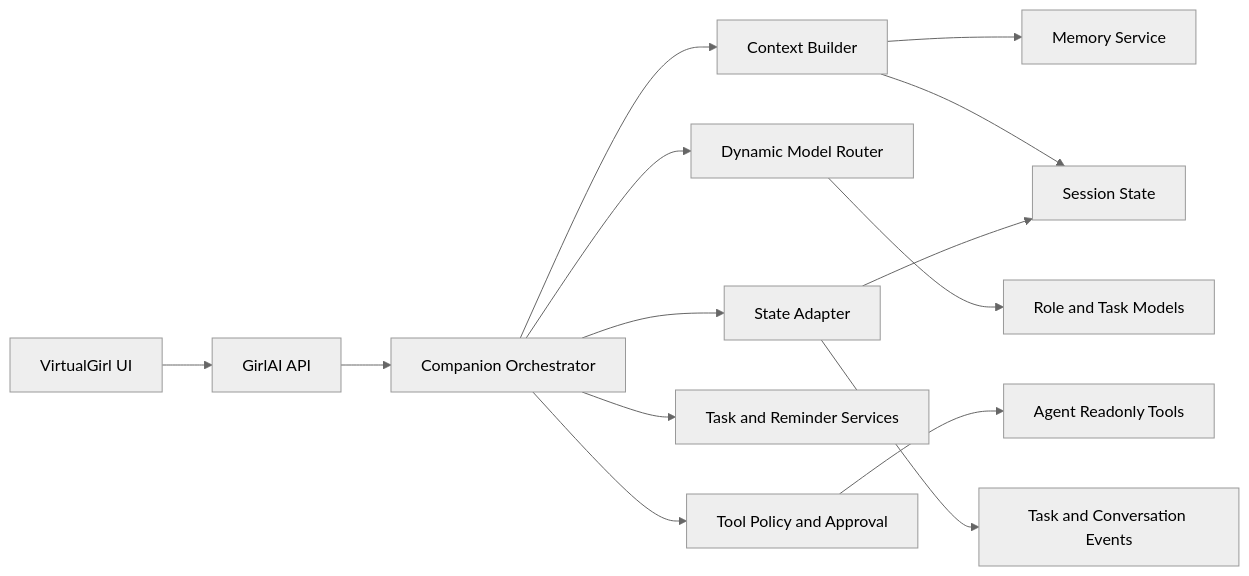
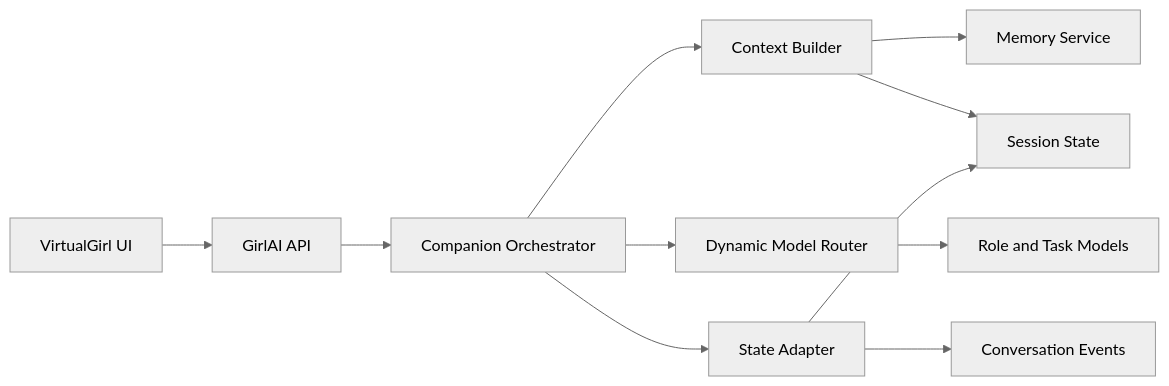
One commit to sheep-no/codingmatrix changed the diagram in .monkeycode/specs/2026-09-03-girlai-companion-enhancement/design.md. Above: the diagram before and after it, drawn with Mermaid (neutral theme). The commit also changed other lines of this file and 59 other files, not shown here.

````diff
--- a/.monkeycode/specs/2026-09-03-girlai-companion-enhancement/design.md
+++ b/.monkeycode/specs/2026-09-03-girlai-companion-enhancement/design.md
@@ -14,16 +14,13 @@
 ```mermaid
 flowchart LR
     UI["VirtualGirl UI"] --> API["GirlAI API"]
     API --> Orchestrator["Companion Orchestrator"]
     Orchestrator --> Context["Context Builder"]
     Context --> Memory["Memory Service"]
     Context --> Session["Session State"]
     Orchestrator --> Router["Dynamic Model Router"]
     Router --> Model["Role and Task Models"]
-    Orchestrator --> Policy["Tool Policy and Approval"]
-    Policy --> Agent["Agent Readonly Tools"]
-    Orchestrator --> Tasks["Task and Reminder Services"]
     Orchestrator --> State["State Adapter"]
     State --> Session
-    State --> Events["Task and Conversation Events"]
+    State --> Events["Conversation Events"]
 ```
````
